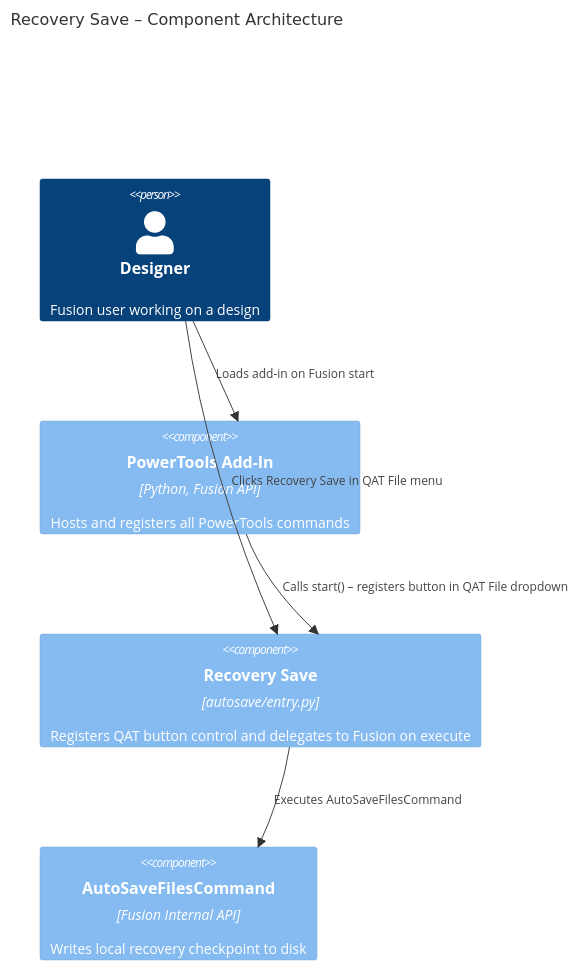
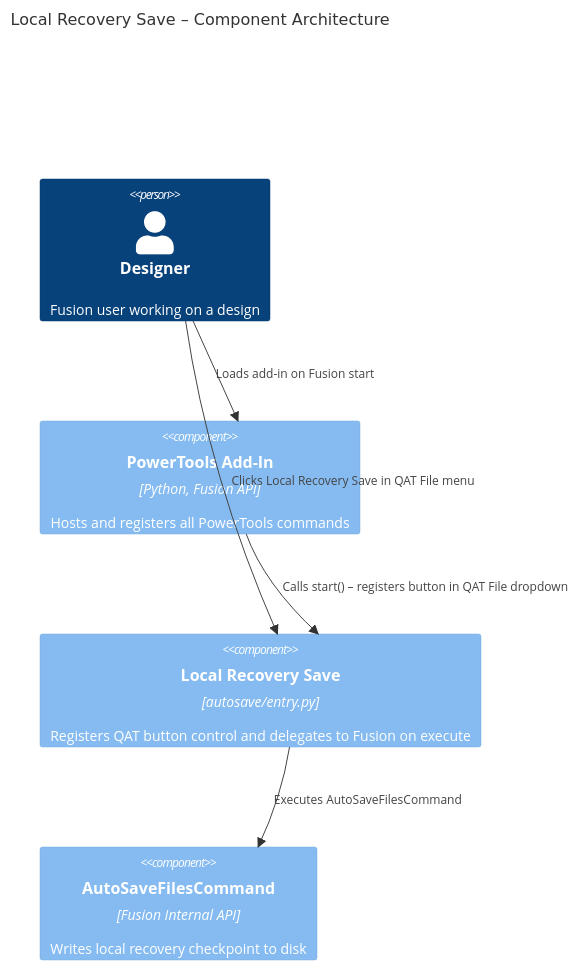
The diagram in docs/Recovery Save.md (schneik80/PowerTools-New-Documents), drawn with Mermaid before and after one commit. The commit also changed other lines of this file and 9 other files, not shown here.

````diff
--- a/docs/Recovery Save.md
+++ b/docs/Recovery Save.md
@@ -46,14 +51,14 @@
 ```mermaid
 C4Component
-    title Recovery Save – Component Architecture
+    title Local Recovery Save – Component Architecture
 
     Person(user, "Designer", "Fusion user working on a design")
     Component(addin, "PowerTools Add-In", "Python, Fusion API", "Hosts and registers all PowerTools commands")
-    Component(cmd, "Recovery Save", "autosave/entry.py", "Registers QAT button control and delegates to Fusion on execute")
+    Component(cmd, "Local Recovery Save", "autosave/entry.py", "Registers QAT button control and delegates to Fusion on execute")
     Component(fusion, "AutoSaveFilesCommand", "Fusion Internal API", "Writes local recovery checkpoint to disk")
 
     Rel(user, addin, "Loads add-in on Fusion start")
     Rel(addin, cmd, "Calls start() – registers button in QAT File dropdown")
-    Rel(user, cmd, "Clicks Recovery Save in QAT File menu")
+    Rel(user, cmd, "Clicks Local Recovery Save in QAT File menu")
     Rel(cmd, fusion, "Executes AutoSaveFilesCommand")
 ```
````
